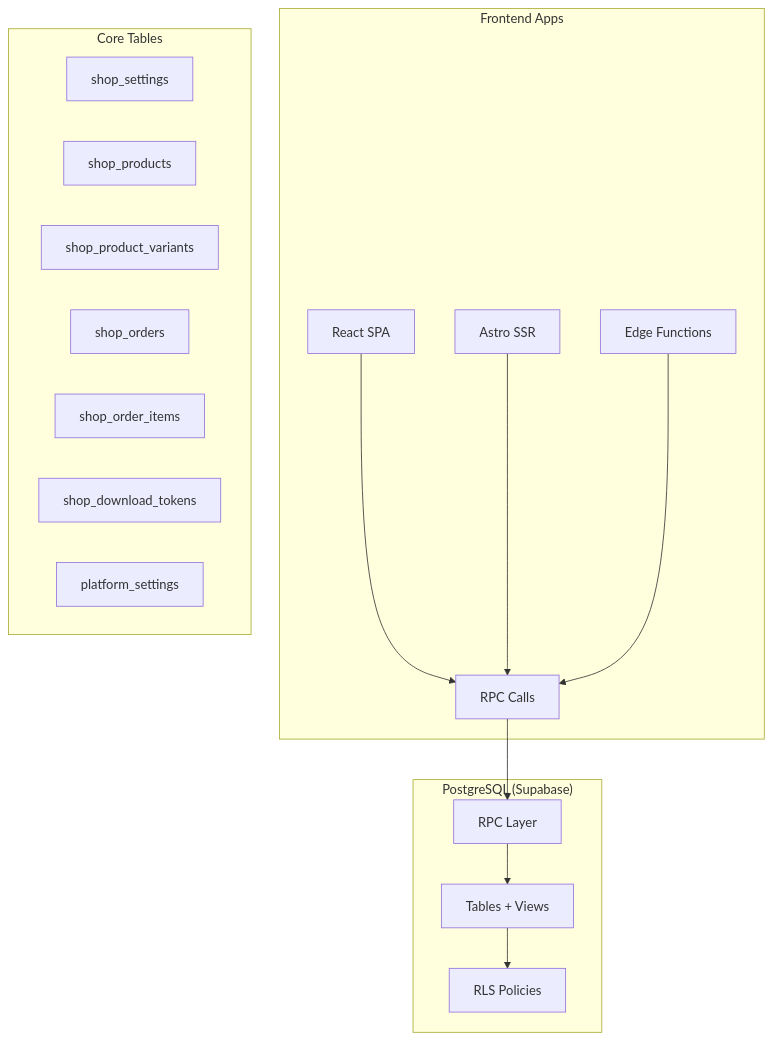
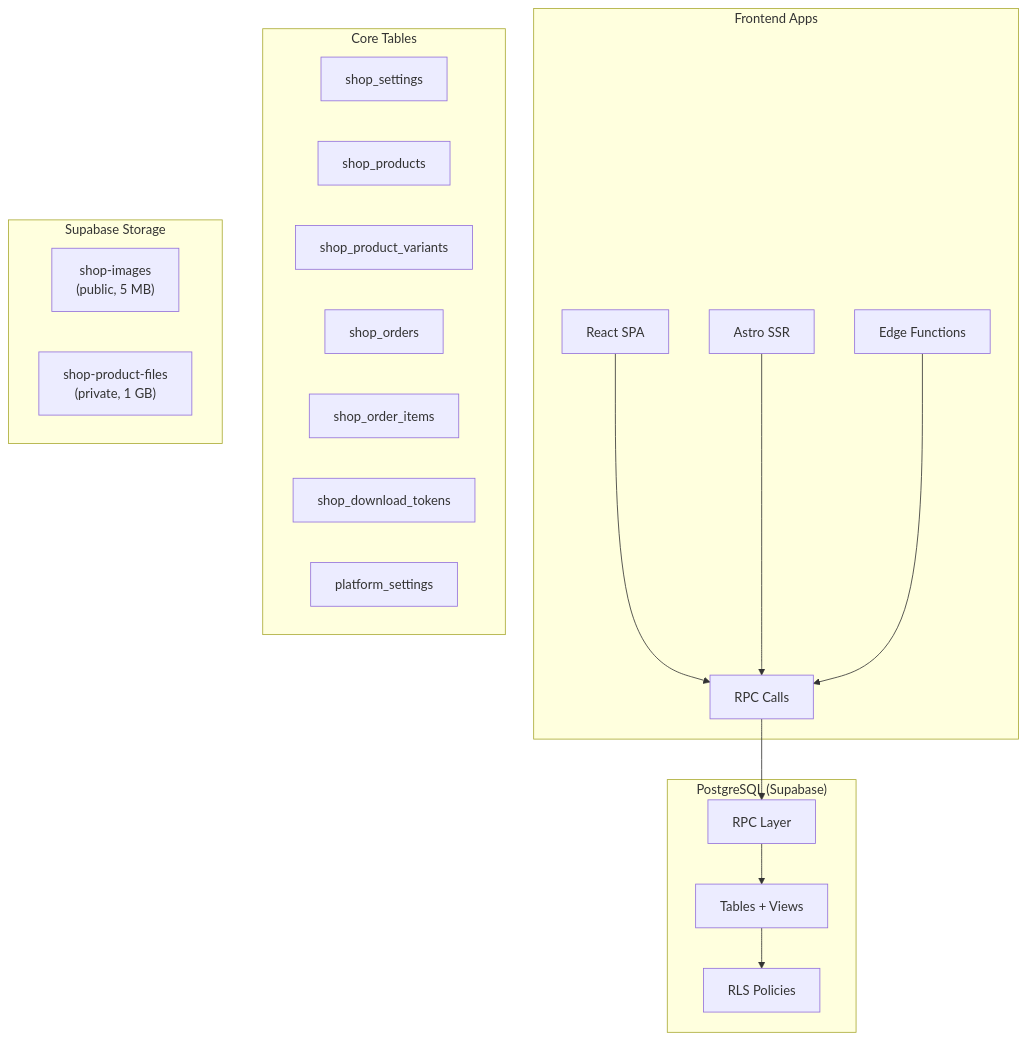
One commit to hobenakicoffee/libraries changed the diagram in docs/shop-service/backend/index.md. Above: the diagram before and after it, drawn with Mermaid. The commit also changed other lines of this file and 2 other files, not shown here.

Commit message:
docs: update docs for shop storage buckets

````diff
--- a/docs/shop-service/backend/index.md
+++ b/docs/shop-service/backend/index.md
@@ -3,24 +3,29 @@
 ```mermaid
 graph TB
     subgraph "Frontend Apps"
         A["React SPA<br/Studio + Buyer"] --> D[RPC Calls]
         B["Astro SSR<br/Public Pages"] --> D
         C["Edge Functions<br/IPN + Download"] --> D
     end
     
     subgraph "PostgreSQL (Supabase)"
         D --> E[RPC Layer]
         E --> F[Tables + Views]
         F --> G[RLS Policies]
     end
     
     subgraph "Core Tables"
         H[shop_settings]
         I[shop_products]
         J[shop_product_variants]
         K[shop_orders]
         L[shop_order_items]
         M[shop_download_tokens]
         N[platform_settings]
     end
+
+    subgraph "Supabase Storage"
+        O["shop-images<br/>(public, 5 MB)"]
+        P["shop-product-files<br/>(private, 1 GB)"]
+    end
 ```
````
